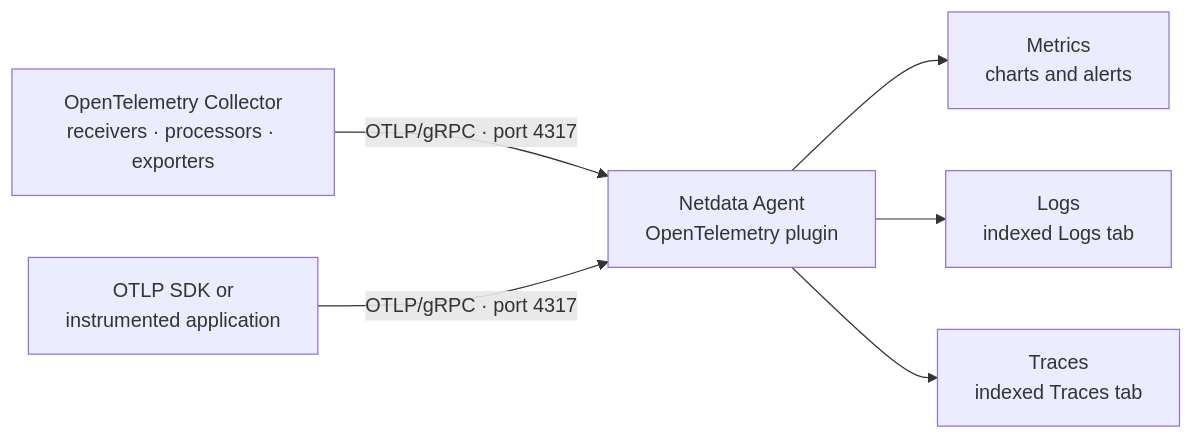
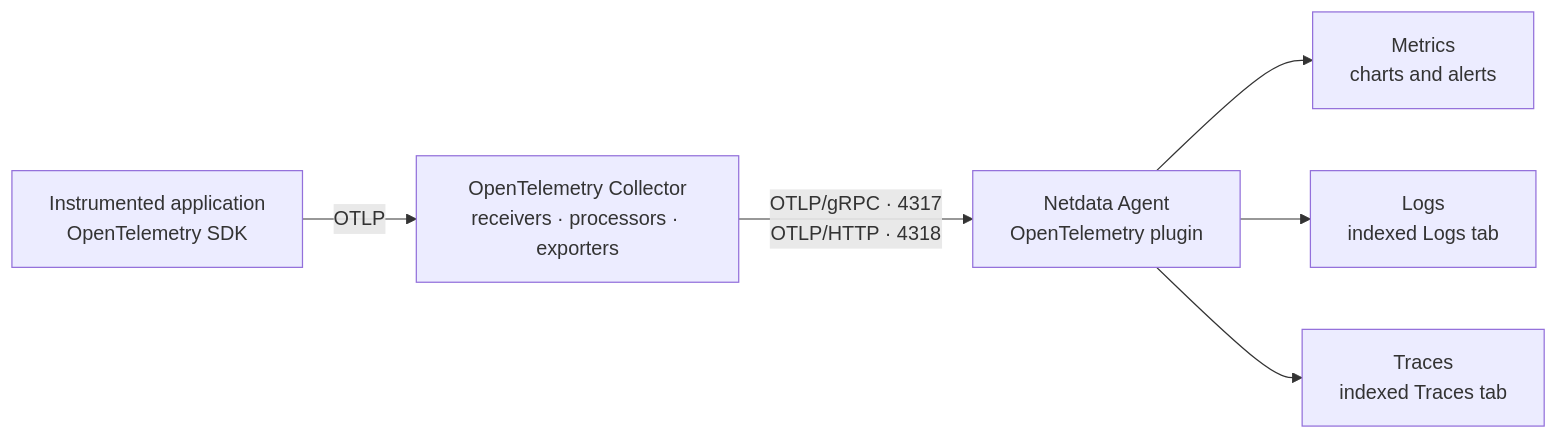
One commit to netdata/learn changed the diagram in docs/OpenTelemetry/OTLP Ingestion.mdx. Above: the diagram before and after it, drawn with Mermaid. The commit also changed other lines of this file and 34 other files, not shown here.

````diff
--- a/docs/OpenTelemetry/OTLP Ingestion.mdx
+++ b/docs/OpenTelemetry/OTLP Ingestion.mdx
@@ -29,8 +29,8 @@
 ```mermaid
 flowchart LR
-    collector["OpenTelemetry Collector<br/>receivers · processors · exporters"] -->|"OTLP/gRPC · port 4317"| plugin["Netdata Agent<br/>OpenTelemetry plugin"]
-    sdk["OTLP SDK or<br/>instrumented application"] -->|"OTLP/gRPC · port 4317"| plugin
+    app["Instrumented application<br/>OpenTelemetry SDK"] -->|OTLP| collector
+    collector["OpenTelemetry Collector<br/>receivers · processors · exporters"] -->|"OTLP/gRPC · 4317<br/>OTLP/HTTP · 4318"| plugin["Netdata Agent<br/>OpenTelemetry plugin"]
     plugin --> metrics["Metrics<br/>charts and alerts"]
     plugin --> logs["Logs<br/>indexed Logs tab"]
     plugin --> traces["Traces<br/>indexed Traces tab"]
 ```
````
